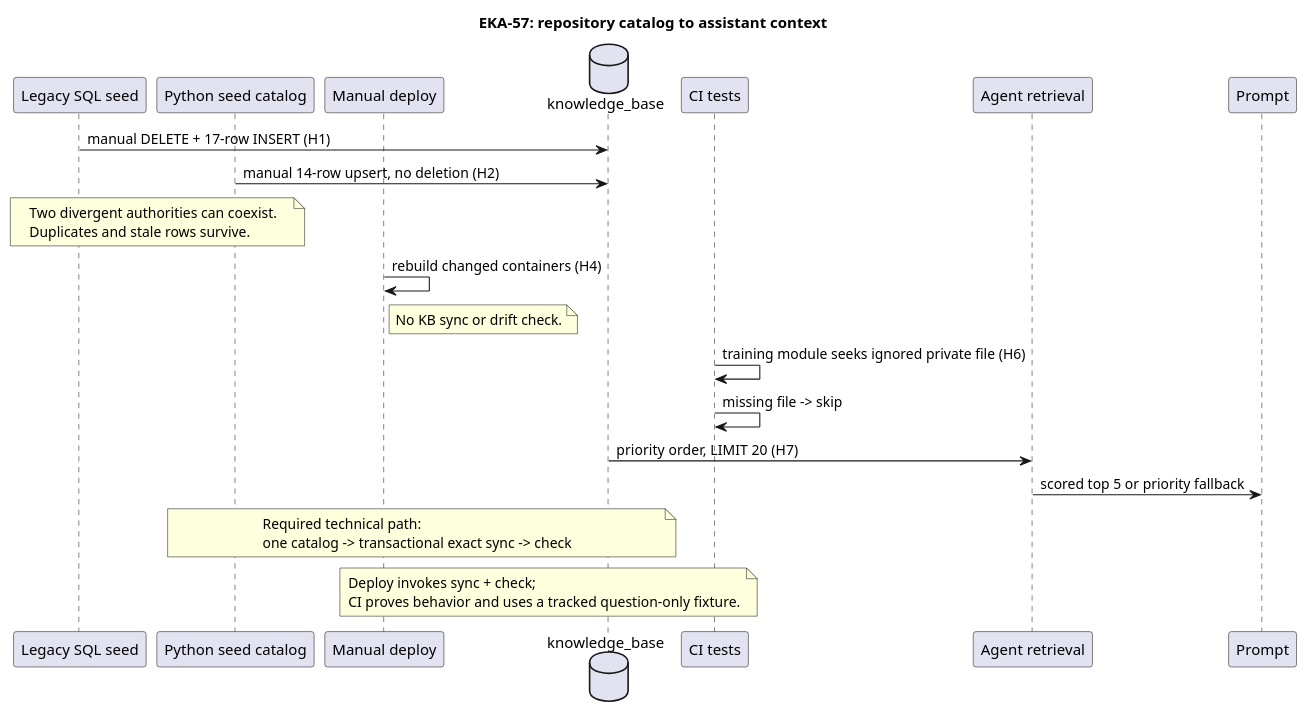
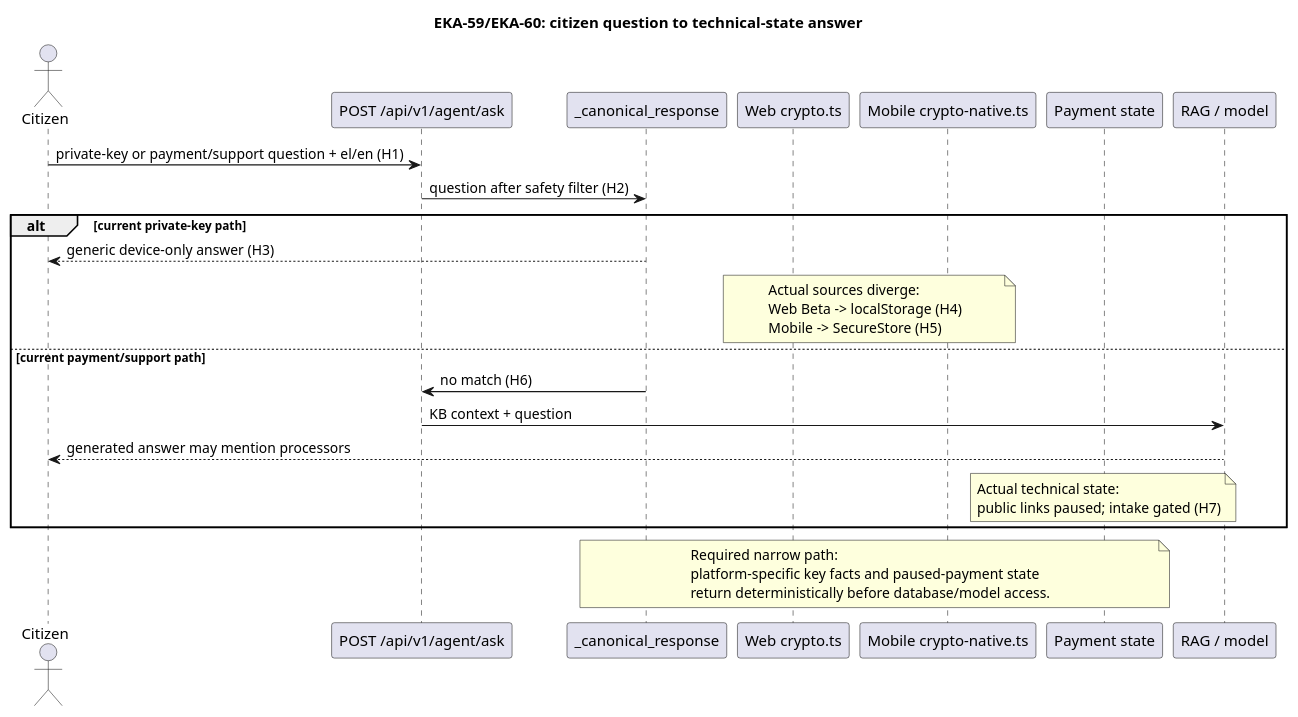
Before and after one commit to NeaBouli/pnyx: the diagram in docs/architecture/main-path.puml, drawn with PlantUML. The commit also changed 5 other files, not shown here.

Commit message:
docs(architecture): map EKA-59 and EKA-60 assistant truth boundaries

```diff
--- a/docs/architecture/main-path.puml
+++ b/docs/architecture/main-path.puml
@@ -1,38 +1,37 @@
 @startuml
-title EKA-57: repository catalog to assistant context
+title EKA-59/EKA-60: citizen question to technical-state answer
 
-participant "Legacy SQL seed" as SQL
-participant "Python seed catalog" as PY
-participant "Manual deploy" as DEPLOY
-database "knowledge_base" as DB
-participant "CI tests" as CI
-participant "Agent retrieval" as RAG
-participant "Prompt" as PROMPT
+actor Citizen
+participant "POST /api/v1/agent/ask" as API
+participant "_canonical_response" as CANON
+participant "Web crypto.ts" as WEB
+participant "Mobile crypto-native.ts" as MOBILE
+participant "Payment state" as PAY
+participant "RAG / model" as MODEL
 
-SQL -> DB : manual DELETE + 17-row INSERT (H1)
-PY -> DB : manual 14-row upsert, no deletion (H2)
-note over SQL,PY
-Two divergent authorities can coexist.
-Duplicates and stale rows survive.
-end note
+Citizen -> API : private-key or payment/support question + el/en (H1)
+API -> CANON : question after safety filter (H2)
 
-DEPLOY -> DEPLOY : rebuild changed containers (H4)
-note right of DEPLOY
-No KB sync or drift check.
-end note
+alt current private-key path
+  CANON --> Citizen : generic device-only answer (H3)
+  note over WEB,MOBILE
+  Actual sources diverge:
+  Web Beta -> localStorage (H4)
+  Mobile -> SecureStore (H5)
+  end note
+else current payment/support path
+  CANON -> API : no match (H6)
+  API -> MODEL : KB context + question
+  MODEL --> Citizen : generated answer may mention processors
+  note over PAY
+  Actual technical state:
+  public links paused; intake gated (H7)
+  end note
+end
 
-CI -> CI : training module seeks ignored private file (H6)
-CI -> CI : missing file -> skip
-
-DB -> RAG : priority order, LIMIT 20 (H7)
-RAG -> PROMPT : scored top 5 or priority fallback
-
-note over PY,DB
-Required technical path:
-one catalog -> transactional exact sync -> check
-end note
-note over DEPLOY,CI
-Deploy invokes sync + check;
-CI proves behavior and uses a tracked question-only fixture.
+note over CANON,PAY
+Required narrow path:
+platform-specific key facts and paused-payment state
+return deterministically before database/model access.
 end note
 @enduml
```
